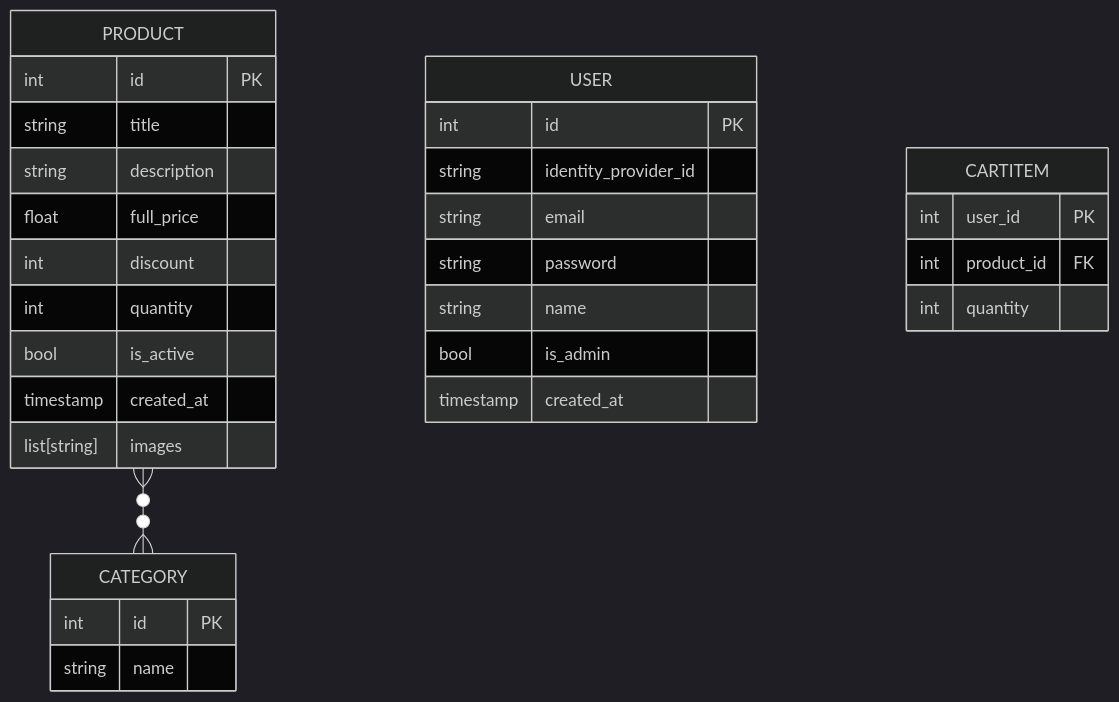
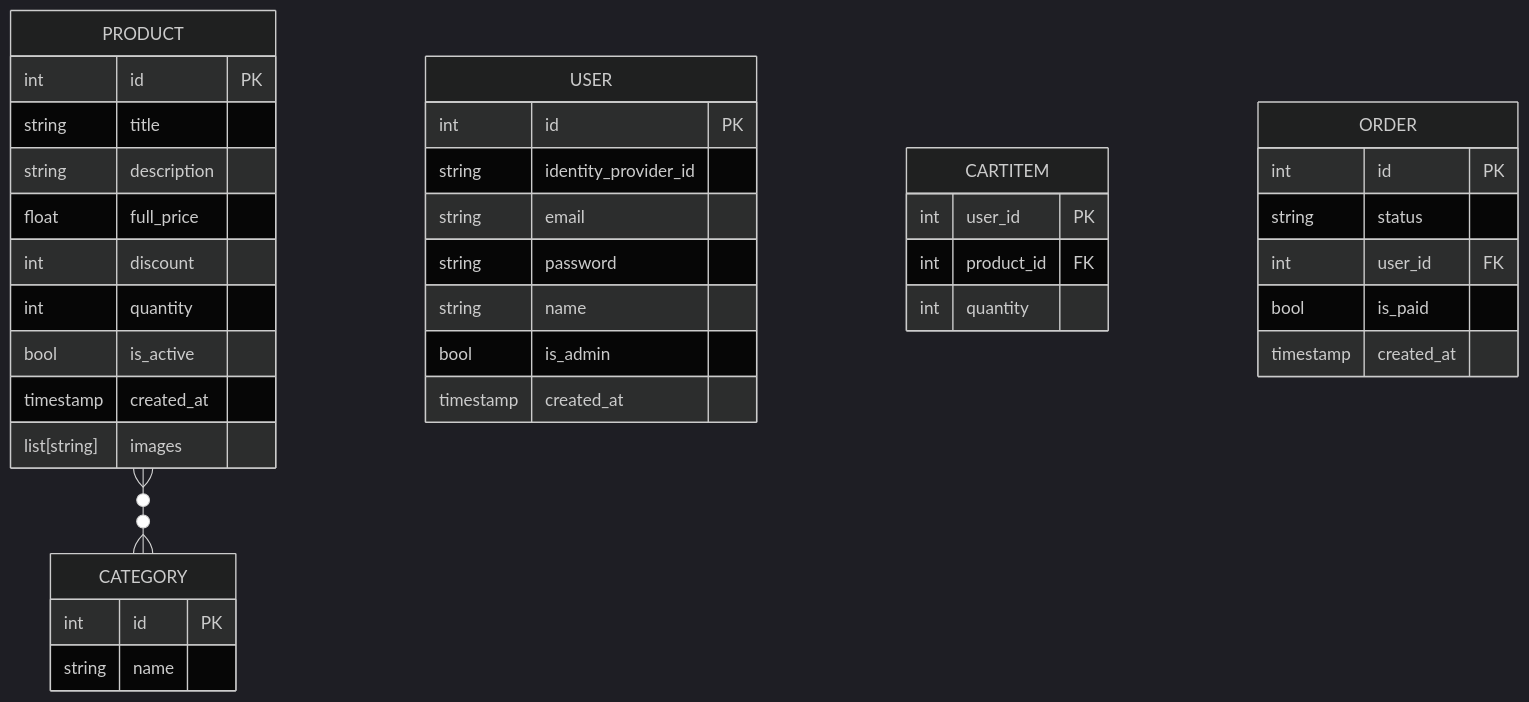
One commit to ivan-22-3-5/e-commerce changed the diagram in er.md. Above: the diagram before and after it, drawn with Mermaid (dark theme).

Commit message:
docs(er): add order model

````diff
--- a/er.md
+++ b/er.md
@@ -1,37 +1,45 @@
 ```mermaid
 erDiagram
     PRODUCT {
         int id PK
         string title
         string description
         float full_price
         int discount
         int quantity
         bool is_active
         timestamp created_at
         list[string] images
     }
 
     USER {
         int id PK
         string identity_provider_id
         string email 
         string password 
         string name
         bool is_admin 
         timestamp created_at
     }
     
     CATEGORY {
         int id PK
         string name
     }
 
     CARTITEM {
         int user_id PK
         int product_id FK
         int quantity 
     }
 
+    ORDER {
+        int id PK
+        string status
+        int user_id FK
+        bool is_paid
+        timestamp created_at
+    }
+
     PRODUCT }o--o{ CATEGORY: ""
 ```
````
